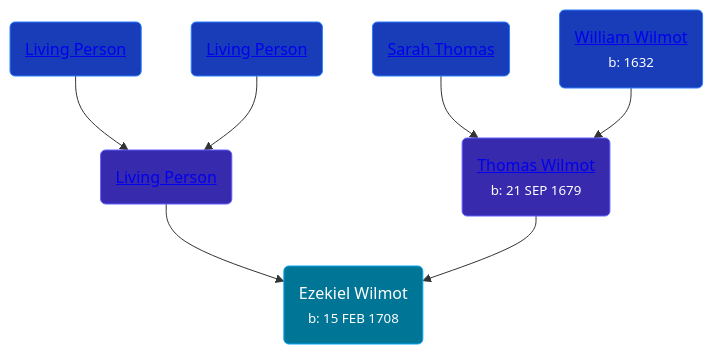
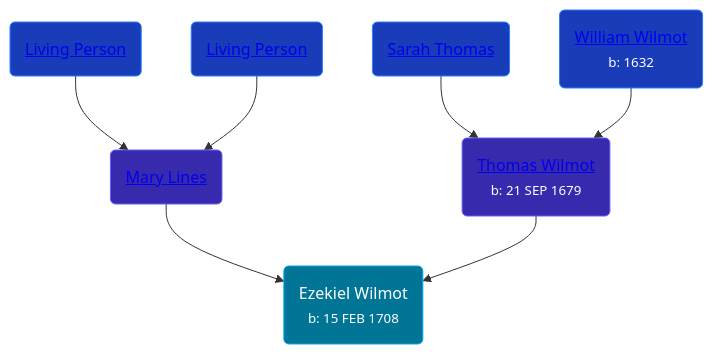
The diagram in pages/people/7/74243487.md (wpmgotkh/wpmgotkh.github.io), drawn with Mermaid before and after one commit. The commit also changed other lines of this file and 586 other files, not shown here.

Commit message:
feat: better shouldConsiderPersonLiving algo

````diff
--- a/pages/people/7/74243487.md
+++ b/pages/people/7/74243487.md
@@ -10,13 +10,13 @@
 ```mermaid
 graph
 classDef grands fill:#193cb8,stroke:#2b7fff,stroke-width:1px,color:#fff;
 classDef parents fill:#372aac,stroke:#615fff,stroke-width:1px,color:#fff;
 classDef primary fill:#007595,stroke:#00a6f4,stroke-width:1px,color:#fff;
 74243487(Ezekiel Wilmot<br /><small>b: 15 FEB 1708</small>):::primary
-19292651(<a class="text-white" href="/people/1/19292651">Living Person</a>):::parents-->74243487
+19292651(<a class="text-white" href="/people/1/19292651">Mary Lines</a>):::parents-->74243487
 33207612(<a class="text-white" href="/people/3/33207612">Living Person</a>):::grands-->19292651
 80639382(<a class="text-white" href="/people/8/80639382">Living Person</a>):::grands-->19292651
 36930663(<a class="text-white" href="/people/3/36930663">Thomas Wilmot</a><br /><small>b: 21 SEP 1679</small>):::parents-->74243487
 28506175(<a class="text-white" href="/people/2/28506175">Sarah Thomas</a>):::grands-->36930663
 47205976(<a class="text-white" href="/people/4/47205976">William Wilmot</a><br /><small>b: 1632</small>):::grands-->36930663
 ```
````
